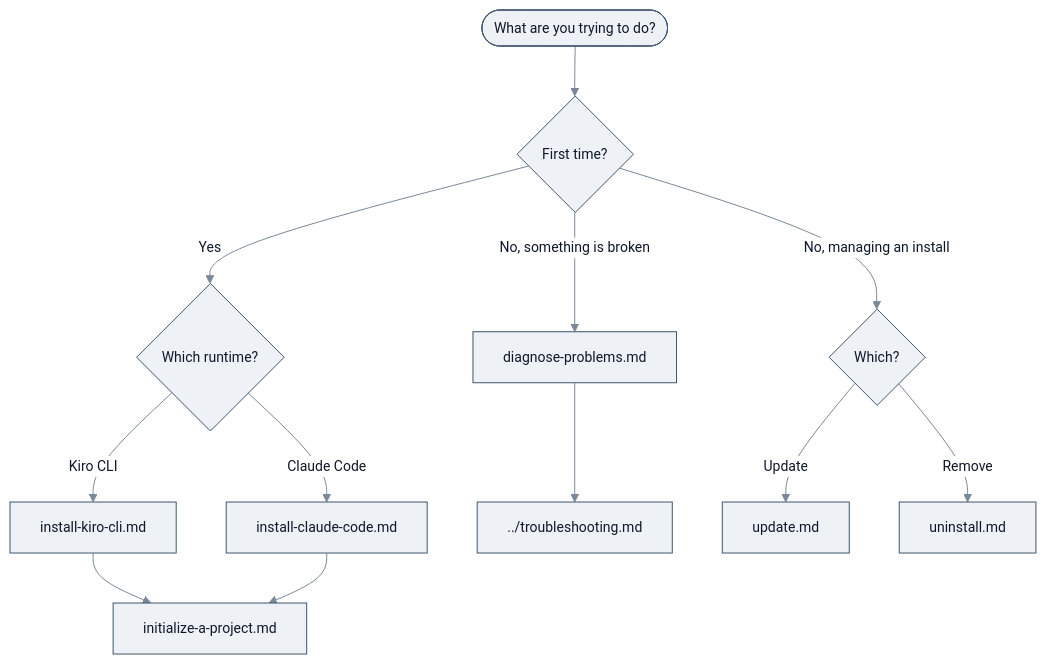
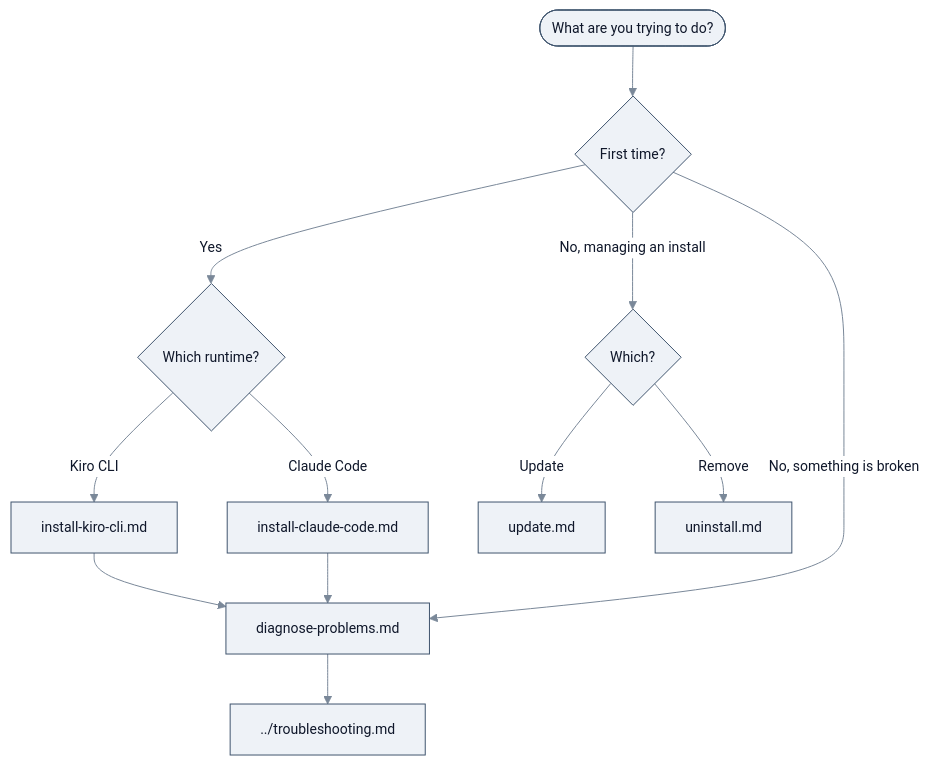
Before and after one commit to aws-solutions/konductor: the diagram in docs/user-guide/tasks/README.md, drawn with Mermaid. The commit also changed other lines of this file and 24 other files, not shown here.

````diff
--- a/docs/user-guide/tasks/README.md
+++ b/docs/user-guide/tasks/README.md
@@ -27,20 +26,20 @@
 ```mermaid
 %%{init:{'theme':'base','themeVariables':{'fontSize':'14px','primaryColor':'#eef2f7','primaryTextColor':'#0f172a','primaryBorderColor':'#40556e','lineColor':'#7a8899','textColor':'#0f172a','edgeLabelBackground':'#ffffff','clusterBkg':'#fafbfc','clusterBorder':'#c9d2dc'}}}%%
 flowchart TD
     Start([What are you trying to do?])
 
     Start --> A{First time?}
 
     A -->|Yes| B{Which runtime?}
     B -->|Kiro CLI| K["install-kiro-cli.md"]
     B -->|Claude Code| C["install-claude-code.md"]
-    K --> E["initialize-a-project.md"]
-    C --> E
+    K --> H["diagnose-problems.md"]
+    C --> H
 
-    A -->|"No, something is broken"| H["diagnose-problems.md"]
+    A -->|"No, something is broken"| H
     H --> I["../troubleshooting.md"]
 
     A -->|"No, managing an install"| J{Which?}
     J -->|Update| L["update.md"]
     J -->|Remove| M["uninstall.md"]
 ```
````
